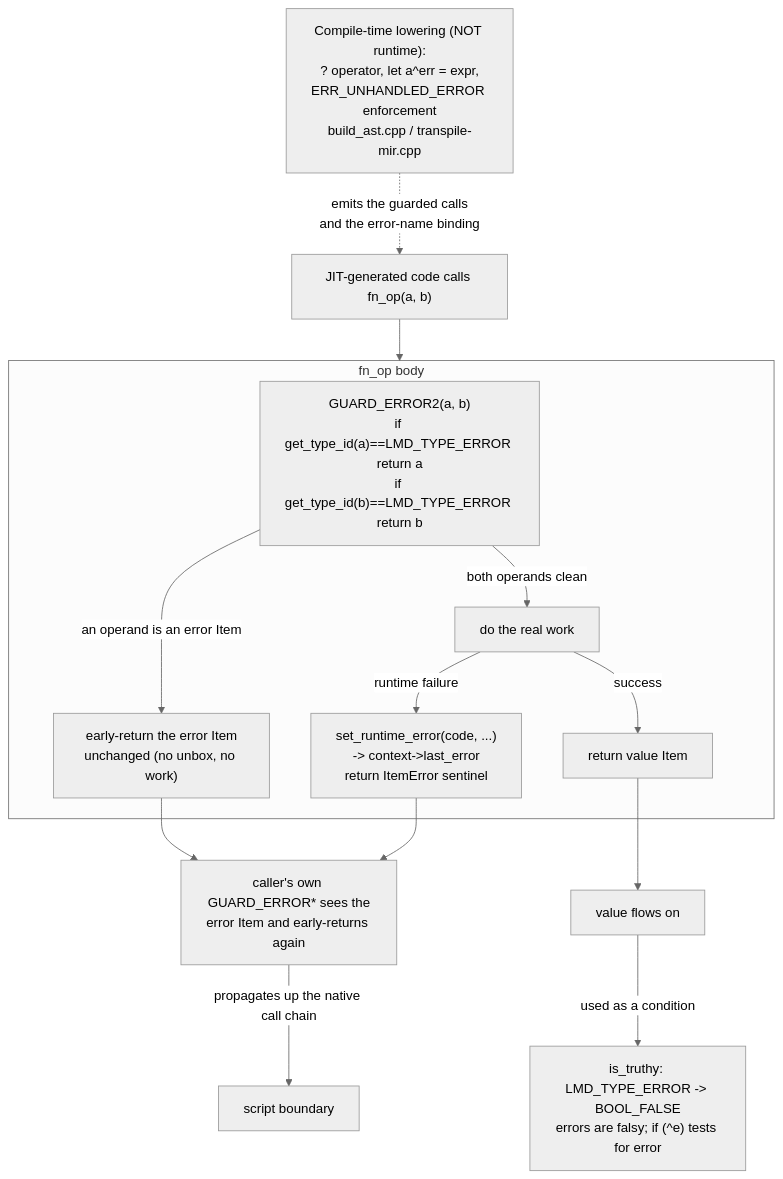
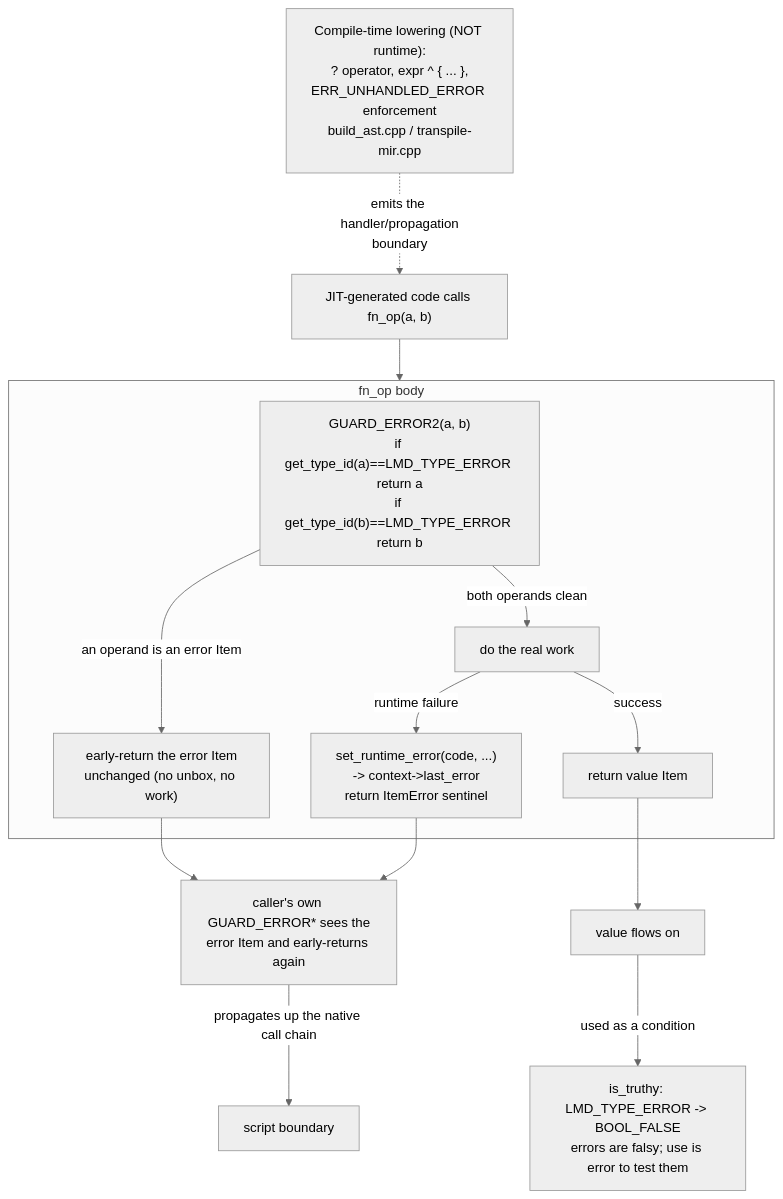
One commit to henry-luo/lambda changed the diagram in doc/dev/lambda/diagram/d10_error_propagation.mmd. Above: the diagram before and after it, drawn with Mermaid (neutral theme). The commit also changed 201 other files, not shown here.

```diff
--- a/doc/dev/lambda/diagram/d10_error_propagation.mmd
+++ b/doc/dev/lambda/diagram/d10_error_propagation.mmd
@@ -1,19 +1,19 @@
 flowchart TB
   CALL["JIT-generated code calls fn_op(a, b)"] --> G
 
   subgraph G["fn_op body"]
     GUARD["GUARD_ERROR2(a, b)\nif get_type_id(a)==LMD_TYPE_ERROR return a\nif get_type_id(b)==LMD_TYPE_ERROR return b"]
     GUARD -->|"an operand is an error Item"| EARLY["early-return the error Item\nunchanged (no unbox, no work)"]
     GUARD -->|"both operands clean"| WORK["do the real work"]
     WORK -->|"runtime failure"| RAISE["set_runtime_error(code, ...)\n-> context->last_error\nreturn ItemError sentinel"]
     WORK -->|"success"| OK["return value Item"]
   end
 
   EARLY --> CALLER["caller's own GUARD_ERROR* sees the\nerror Item and early-returns again"]
   RAISE --> CALLER
   CALLER -->|"propagates up the native call chain"| TOP["script boundary"]
 
   OK --> USE["value flows on"]
-  USE -->|"used as a condition"| TRUTHY["is_truthy: LMD_TYPE_ERROR -> BOOL_FALSE\nerrors are falsy; if (^e) tests for error"]
+  USE -->|"used as a condition"| TRUTHY["is_truthy: LMD_TYPE_ERROR -> BOOL_FALSE\nerrors are falsy; use is error to test them"]
 
-  COMPILE["Compile-time lowering (NOT runtime):\n? operator, let a^err = expr,\nERR_UNHANDLED_ERROR enforcement\nbuild_ast.cpp / transpile-mir.cpp"] -.->|"emits the guarded calls\nand the error-name binding"| CALL
+  COMPILE["Compile-time lowering (NOT runtime):\n? operator, expr ^ { ... },\nERR_UNHANDLED_ERROR enforcement\nbuild_ast.cpp / transpile-mir.cpp"] -.->|"emits the handler/propagation\nboundary"| CALL
```
